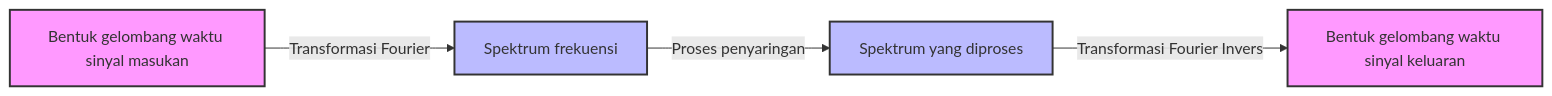
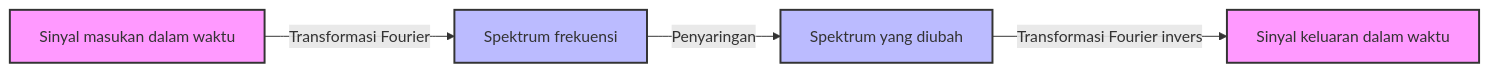
Before and after one commit to kenjinote/blog: the diagram in content/post/fourier-series-and-transform/index.id.md, drawn with Mermaid. The commit also changed other lines of this file and 7 other files, not shown here.

````diff
--- a/content/post/fourier-series-and-transform/index.id.md
+++ b/content/post/fourier-series-and-transform/index.id.md
@@ -80,12 +93,11 @@
 ```mermaid
 flowchart LR
-    A["Bentuk gelombang waktu sinyal masukan"] -->|"Transformasi Fourier"| B["Spektrum frekuensi"]
-    B -->|"Proses penyaringan"| C["Spektrum yang diproses"]
-    C -->|"Transformasi Fourier Invers"| D["Bentuk gelombang waktu sinyal keluaran"]
-    
-    %% Gaya node
+    A["Sinyal masukan dalam waktu"] -->|"Transformasi Fourier"| B["Spektrum frekuensi"]
+    B -->|"Penyaringan"| C["Spektrum yang diubah"]
+    C -->|"Transformasi Fourier invers"| D["Sinyal keluaran dalam waktu"]
+
     style A fill:#f9f,stroke:#333,stroke-width:2px
     style B fill:#bbf,stroke:#333,stroke-width:2px
     style C fill:#bbf,stroke:#333,stroke-width:2px
     style D fill:#f9f,stroke:#333,stroke-width:2px
 ```
````
